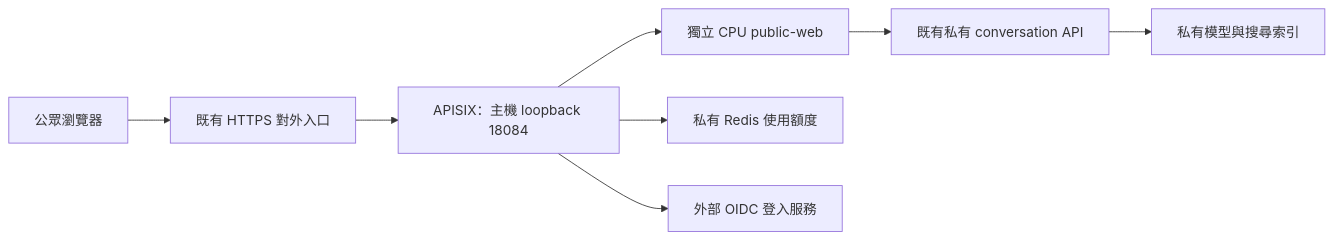
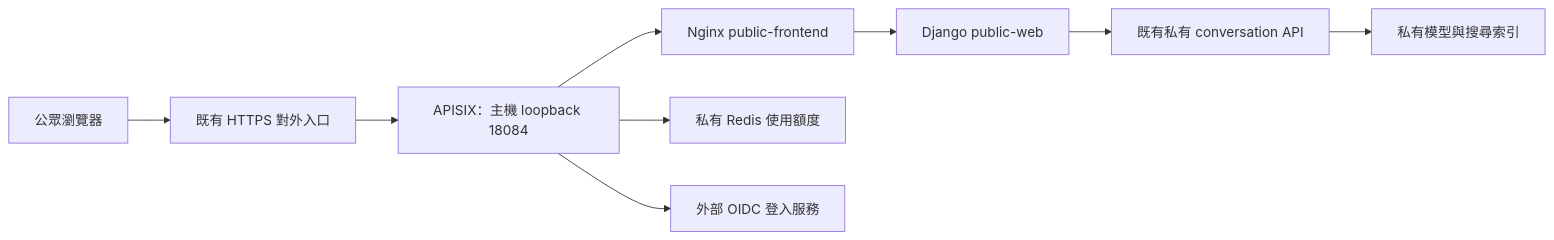
Before and after one commit to ThreeMonth03/depositarAI: the diagram in docs/development/PUBLIC_ACCESS.md, drawn with Mermaid. The commit also changed other lines of this file and 72 other files, not shown here.

````diff
--- a/docs/development/PUBLIC_ACCESS.md
+++ b/docs/development/PUBLIC_ACCESS.md
@@ -21,10 +21,11 @@
 ```mermaid
 flowchart LR
     Browser[公眾瀏覽器] --> TLS[既有 HTTPS 對外入口]
     TLS --> APISIX[APISIX：主機 loopback 18084]
-    APISIX --> Web[獨立 CPU public-web]
+    APISIX --> Frontend[Nginx public-frontend]
+    Frontend --> Web[Django public-web]
     APISIX --> Redis[私有 Redis 使用額度]
     APISIX --> OIDC[外部 OIDC 登入服務]
     Web --> Conversation[既有私有 conversation API]
     Conversation --> Search[私有模型與搜尋索引]
 ```
````
